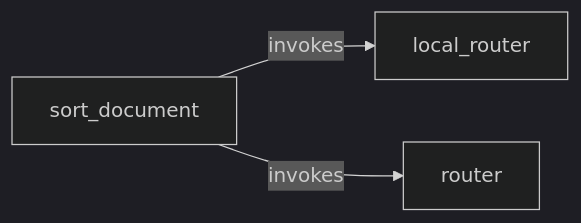
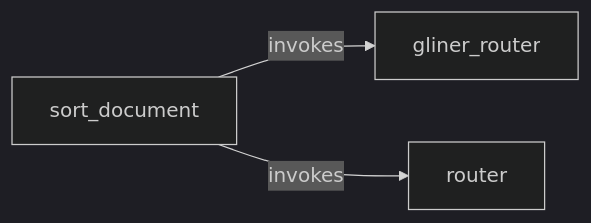
Before and after one commit to jtmckay/decree: the diagram in examples/sort-documents/.decree/graph/system.md, drawn with Mermaid (dark theme). The commit also changed other lines of this file and 51 other files, not shown here.

````diff
--- a/examples/sort-documents/.decree/graph/system.md
+++ b/examples/sort-documents/.decree/graph/system.md
@@ -9,8 +9,8 @@
 ```mermaid
 flowchart LR
-    local_router["local_router"]
+    gliner_router["gliner_router"]
     router["router"]
     sort_document["sort_document"]
-    sort_document -->|invokes| local_router
+    sort_document -->|invokes| gliner_router
     sort_document -->|invokes| router
 ```
````
